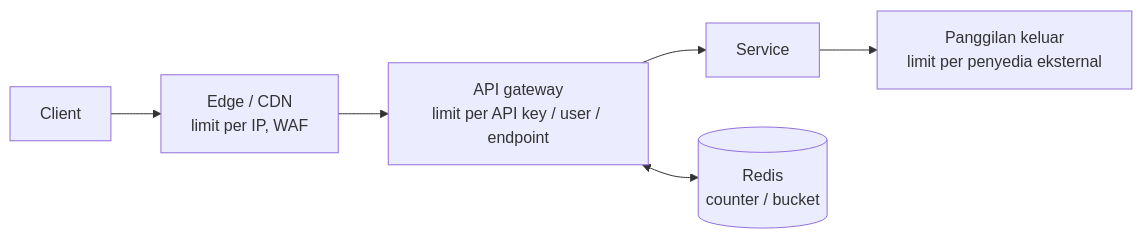
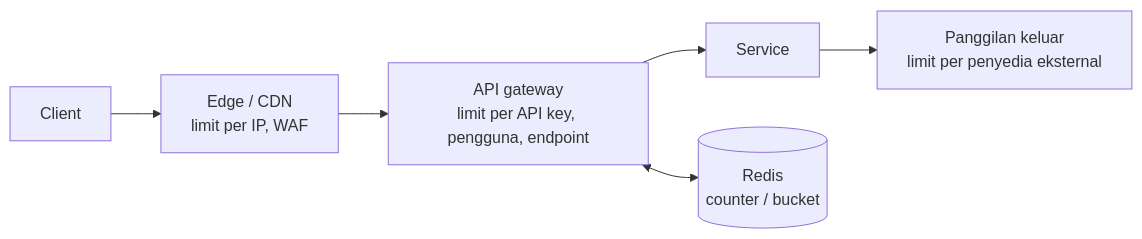
Before and after one commit to andreanpradanaa/sysdesign-lab: the first of 2 diagrams in src/content/lessons/bagian-2/rate-limiter.mdx, drawn with Mermaid. The commit also changed other lines of this file and 18 other files, not shown here.

````diff
--- a/src/content/lessons/bagian-2/rate-limiter.mdx
+++ b/src/content/lessons/bagian-2/rate-limiter.mdx
@@ -93,8 +95,8 @@
 ```mermaid
 flowchart LR
   C[Client] --> E[Edge / CDN\nlimit per IP, WAF]
-  E --> G[API gateway\nlimit per API key / user / endpoint]
+  E --> G[API gateway\nlimit per API key, pengguna, endpoint]
   G --> S[Service]
   S --> O[Panggilan keluar\nlimit per penyedia eksternal]
   G <--> R[(Redis\ncounter / bucket)]
 ```
````
